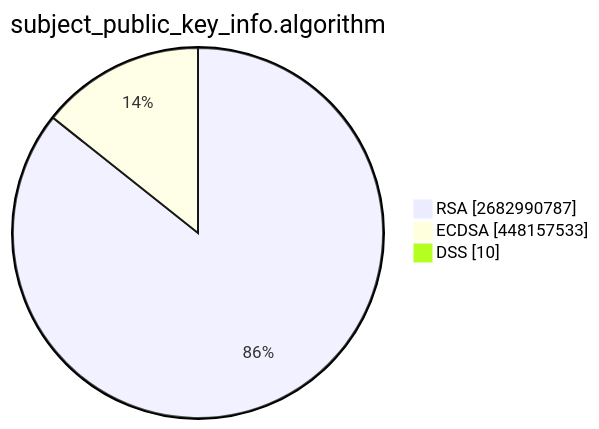
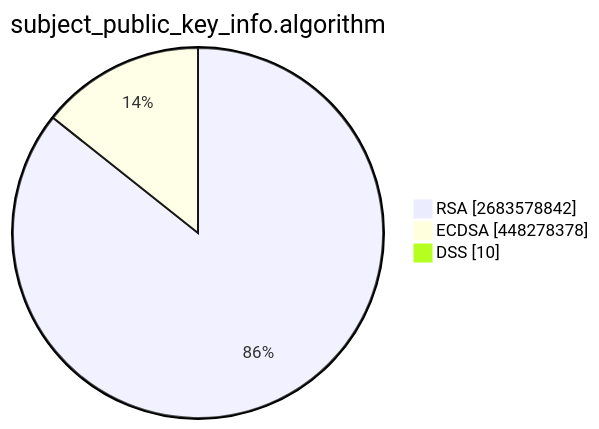
One commit to christiankrug/ctmonitor_visualization changed the second of 15 diagrams in TOTAL/README.md. Above: the diagram before and after it, drawn with Mermaid. The commit also changed other lines of this file, not shown here.

````diff
--- a/TOTAL/README.md
+++ b/TOTAL/README.md
@@ -6,7 +6,7 @@
 ```mermaid
 pie showData
 title subject_public_key_info.algorithm
-"RSA" :2682990787
-"ECDSA" :448157533
+"RSA" :2683578842
+"ECDSA" :448278378
 "DSS" :10
 ```
````
